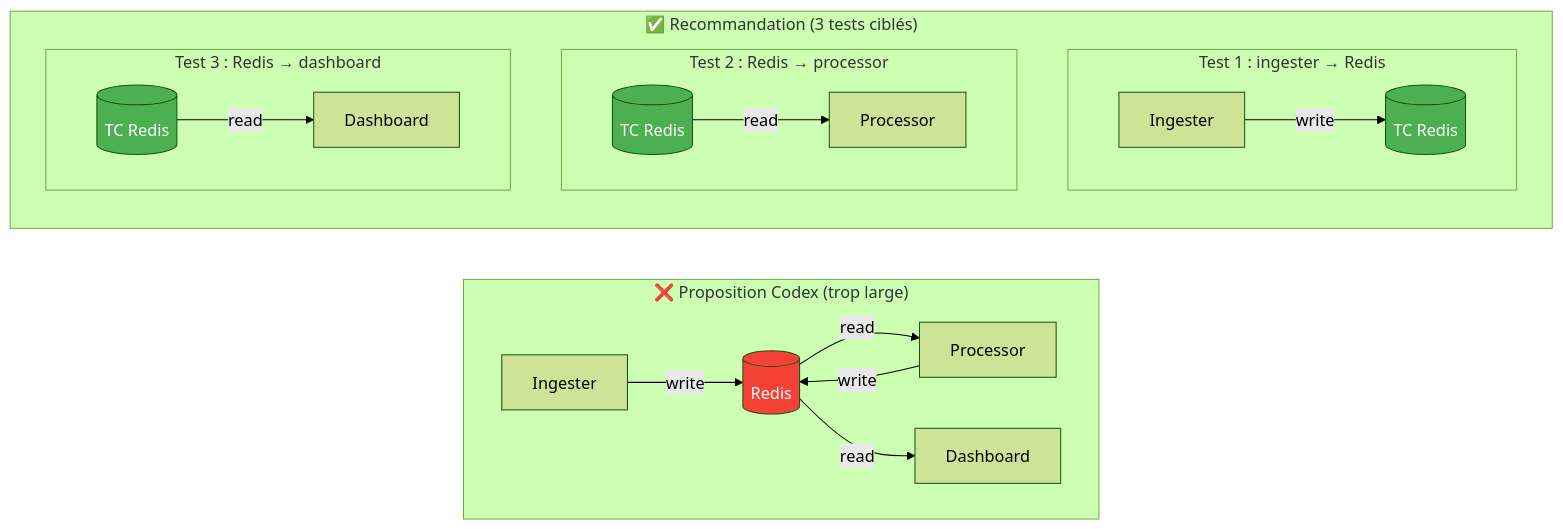
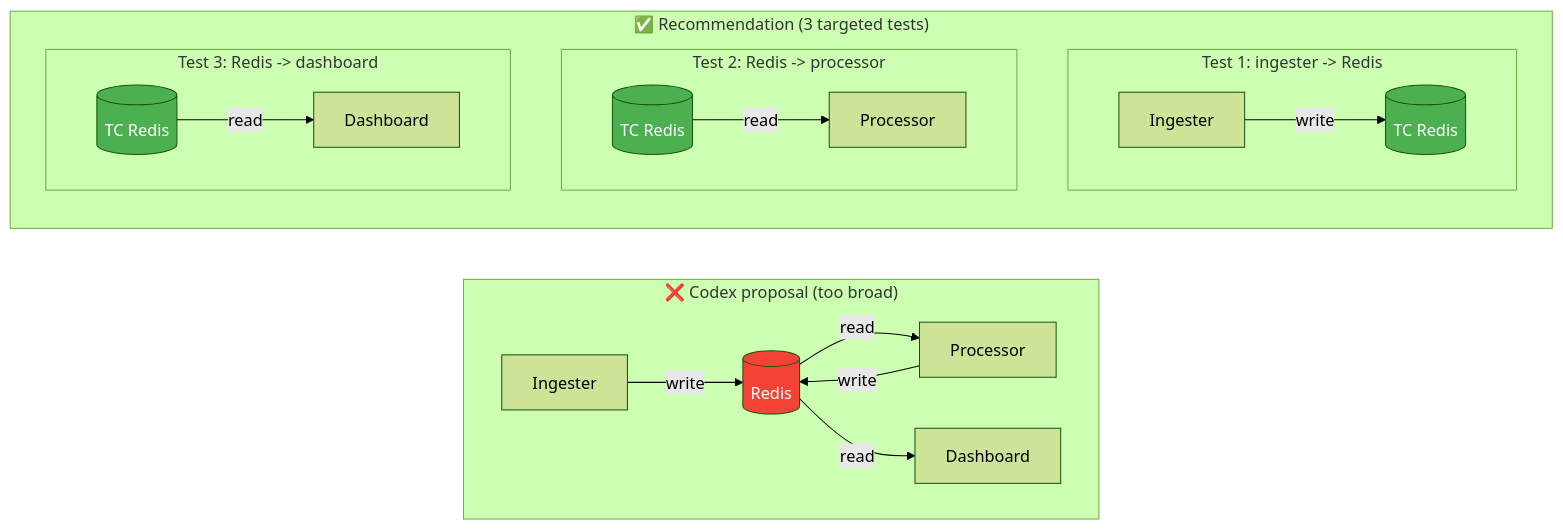
One commit to ClementV78/CloudRadar changed the second of 9 diagrams in docs/code-reviews/test-strategy-review.md. Above: the diagram before and after it, drawn with Mermaid (forest theme). The commit also changed other lines of this file and 2 other files, not shown here.

````diff
--- a/docs/code-reviews/test-strategy-review.md
+++ b/docs/code-reviews/test-strategy-review.md
@@ -140,25 +140,25 @@
 ```mermaid
 flowchart LR
-  subgraph "❌ Proposition Codex (trop large)"
+  subgraph "❌ Codex proposal (too broad)"
     direction LR
     I1[Ingester] -->|write| R1[(Redis)] -->|read| P1[Processor] -->|write| R1 -->|read| D1[Dashboard]
   end
 
-  subgraph "✅ Recommandation (3 tests ciblés)"
+  subgraph "✅ Recommendation (3 targeted tests)"
     direction TB
-    subgraph T1 ["Test 1 : ingester → Redis"]
+    subgraph T1 ["Test 1: ingester -> Redis"]
       I2[Ingester] -->|write| R2[(TC Redis)]
     end
-    subgraph T2 ["Test 2 : Redis → processor"]
+    subgraph T2 ["Test 2: Redis -> processor"]
       R3[(TC Redis)] -->|read| P2[Processor]
     end
-    subgraph T3 ["Test 3 : Redis → dashboard"]
+    subgraph T3 ["Test 3: Redis -> dashboard"]
       R4[(TC Redis)] -->|read| D2[Dashboard]
     end
   end
 
   style R1 fill:#f44336,color:#fff
   style R2 fill:#4caf50,color:#fff
   style R3 fill:#4caf50,color:#fff
   style R4 fill:#4caf50,color:#fff
 ```
````
